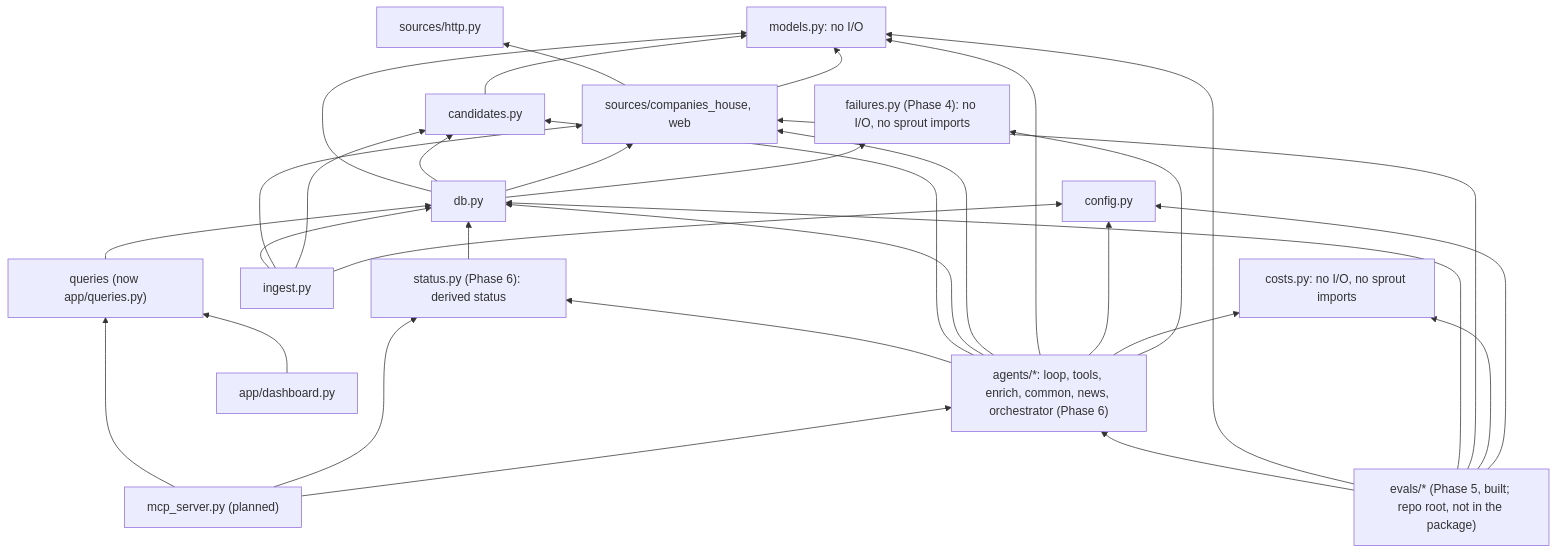
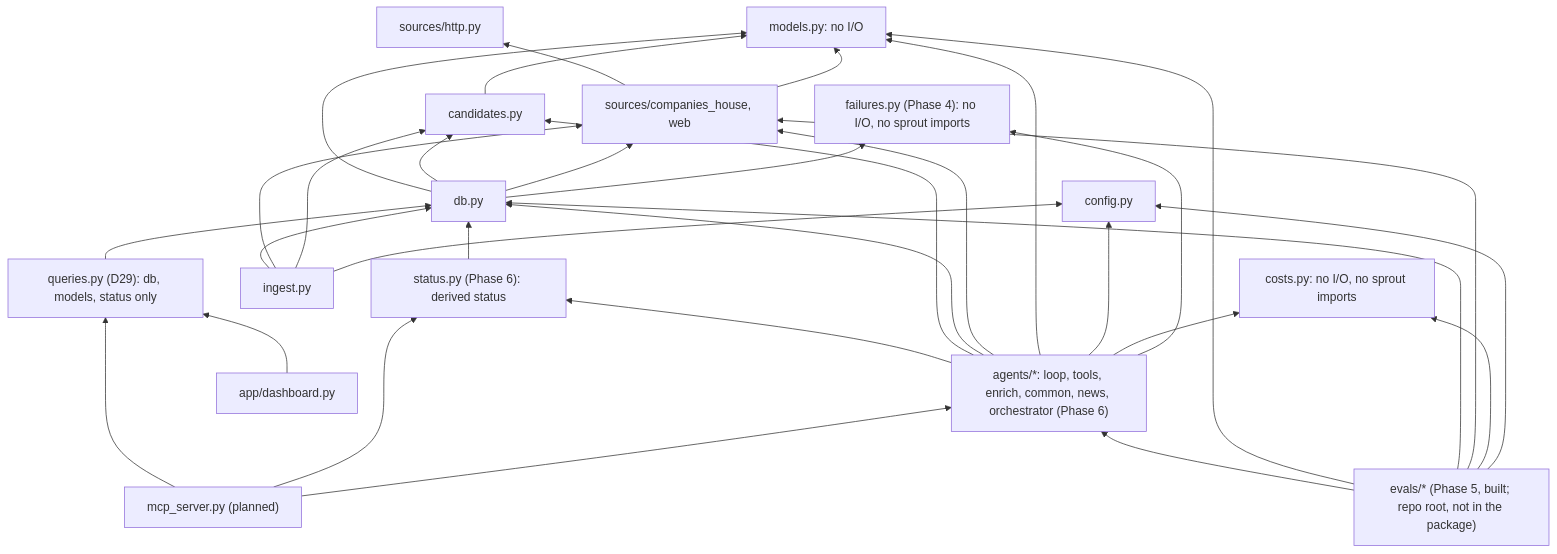
Before and after one commit to Farzaanee/sprout: the first of 2 diagrams in docs/architecture/1. overview.md, drawn with Mermaid. The commit also changed 22 other files, not shown here.

````diff
--- a/docs/architecture/1. overview.md
+++ b/docs/architecture/1. overview.md
@@ -23,49 +23,49 @@
 ```mermaid
 flowchart BT
     models["models.py: no I/O"]
     config["config.py"]
     costs["costs.py: no I/O, no sprout imports"]
     failures["failures.py (Phase 4): no I/O, no sprout imports"]
     candidates["candidates.py"]
     http["sources/http.py"]
     sources["sources/companies_house, web"]
     db["db.py"]
     ingest["ingest.py"]
-    queries["queries (now app/queries.py)"]
+    queries["queries.py (D29): db, models, status only"]
     statusmod["status.py (Phase 6): derived status"]
     agents["agents/*: loop, tools, enrich, common, news, orchestrator (Phase 6)"]
     mcp["mcp_server.py (planned)"]
     dash["app/dashboard.py"]
     evals["evals/* (Phase 5, built; repo root, not in the package)"]
     candidates --> models
     sources --> http
     sources --> models
     db --> models
     db --> candidates
     db --> sources
     db --> failures
     ingest --> db
     ingest --> sources
     ingest --> candidates
     ingest --> config
     queries --> db
     statusmod --> db
     agents --> statusmod
     agents --> candidates
     agents --> db
     agents --> sources
     agents --> models
     agents --> config
     agents --> costs
     agents --> failures
     mcp --> queries
     mcp --> statusmod
     mcp --> agents
     dash --> queries
     evals --> agents
     evals --> models
     evals --> db
     evals --> sources
     evals --> costs
     evals --> config
 ```
````
